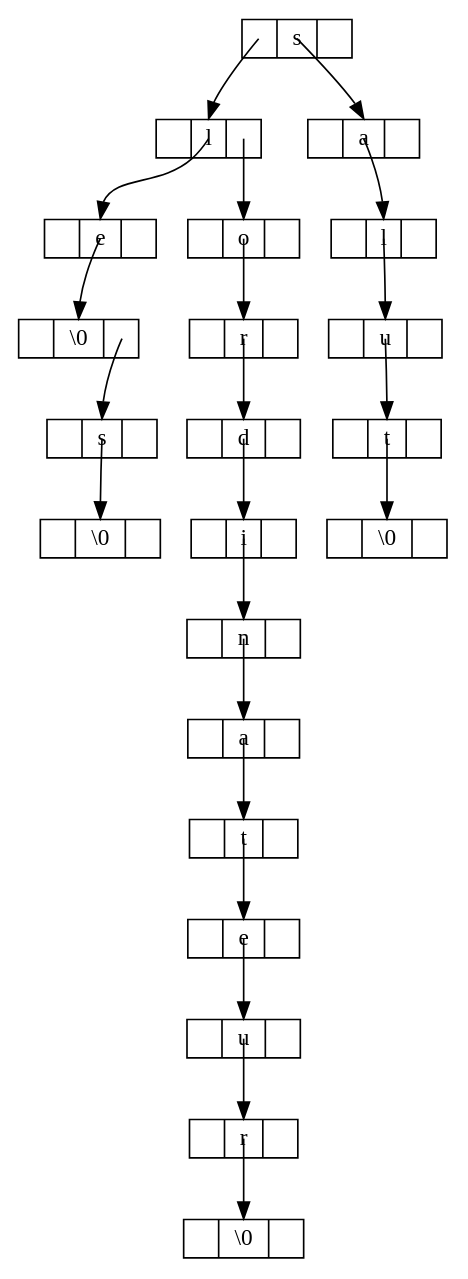
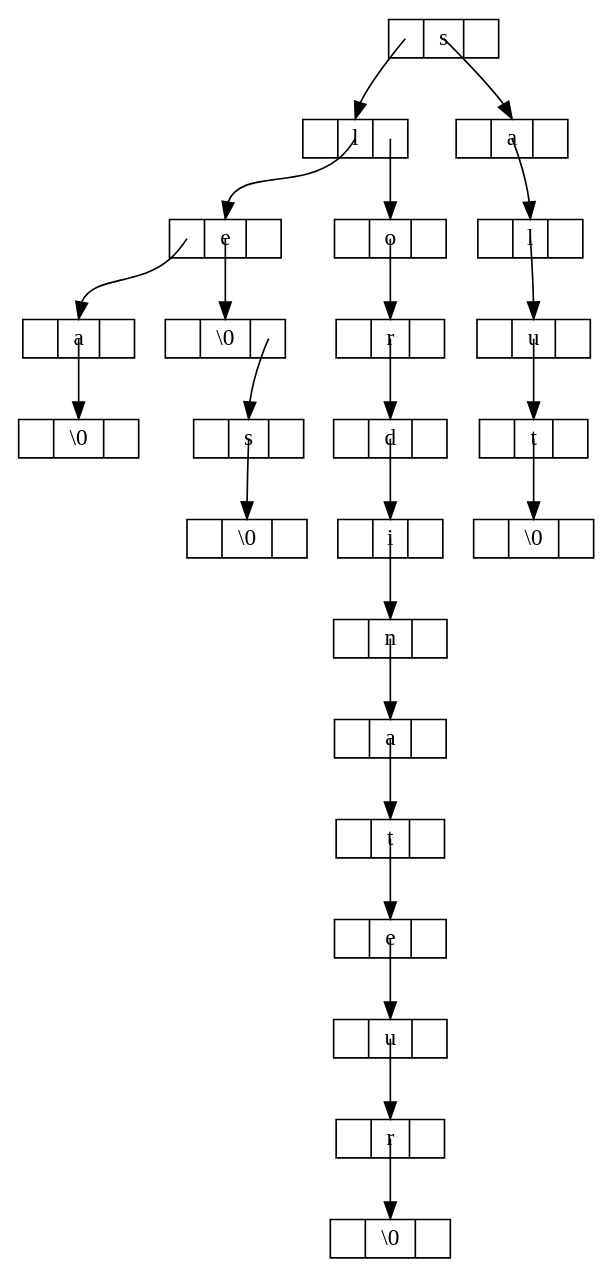
Before and after one commit to Zeba-1/Correcteur: the diagram in arbre.dot, drawn with Graphviz. The commit also changed 9 other files, not shown here.

```diff
--- a/arbre.dot
+++ b/arbre.dot
@@ -1,47 +1,51 @@
 digraph arbre {
     node [shape=record, height=.1]
     edge [tailclip=false, dir=forward];
-  n0x600001a08000 [label="<gauche> | <valeur> s | <droit>"];
-  n0x600001a08000:gauche:c -> n0x600001a080c0:valeur;
-  n0x600001a080c0 [label="<gauche> | <valeur> l | <droit>"];
-  n0x600001a080c0:valeur:c -> n0x600001a080e0:valeur;
-  n0x600001a080e0 [label="<gauche> | <valeur> e | <droit>"];
-  n0x600001a080e0:valeur:c -> n0x600001a08100:valeur;
-  n0x600001a08100 [label="<gauche> | <valeur> \\0 | <droit>"];
-  n0x600001a08100:droit:c -> n0x600001a08120:valeur;
-  n0x600001a08120 [label="<gauche> | <valeur> s | <droit>"];
-  n0x600001a08120:valeur:c -> n0x600001a08140:valeur;
-  n0x600001a08140 [label="<gauche> | <valeur> \\0 | <droit>"];
-  n0x600001a080c0:droit:c -> n0x600001a08160:valeur;
-  n0x600001a08160 [label="<gauche> | <valeur> o | <droit>"];
-  n0x600001a08160:valeur:c -> n0x600001a08180:valeur;
-  n0x600001a08180 [label="<gauche> | <valeur> r | <droit>"];
-  n0x600001a08180:valeur:c -> n0x600001a081a0:valeur;
-  n0x600001a081a0 [label="<gauche> | <valeur> d | <droit>"];
-  n0x600001a081a0:valeur:c -> n0x600001a081c0:valeur;
-  n0x600001a081c0 [label="<gauche> | <valeur> i | <droit>"];
-  n0x600001a081c0:valeur:c -> n0x600001a081e0:valeur;
-  n0x600001a081e0 [label="<gauche> | <valeur> n | <droit>"];
-  n0x600001a081e0:valeur:c -> n0x600001a08200:valeur;
-  n0x600001a08200 [label="<gauche> | <valeur> a | <droit>"];
-  n0x600001a08200:valeur:c -> n0x600001a08220:valeur;
-  n0x600001a08220 [label="<gauche> | <valeur> t | <droit>"];
-  n0x600001a08220:valeur:c -> n0x600001a08240:valeur;
-  n0x600001a08240 [label="<gauche> | <valeur> e | <droit>"];
-  n0x600001a08240:valeur:c -> n0x600001a08260:valeur;
-  n0x600001a08260 [label="<gauche> | <valeur> u | <droit>"];
-  n0x600001a08260:valeur:c -> n0x600001a08280:valeur;
-  n0x600001a08280 [label="<gauche> | <valeur> r | <droit>"];
-  n0x600001a08280:valeur:c -> n0x600001a082a0:valeur;
-  n0x600001a082a0 [label="<gauche> | <valeur> \\0 | <droit>"];
-  n0x600001a08000:valeur:c -> n0x600001a08020:valeur;
-  n0x600001a08020 [label="<gauche> | <valeur> a | <droit>"];
-  n0x600001a08020:valeur:c -> n0x600001a08040:valeur;
-  n0x600001a08040 [label="<gauche> | <valeur> l | <droit>"];
-  n0x600001a08040:valeur:c -> n0x600001a08060:valeur;
-  n0x600001a08060 [label="<gauche> | <valeur> u | <droit>"];
-  n0x600001a08060:valeur:c -> n0x600001a08080:valeur;
-  n0x600001a08080 [label="<gauche> | <valeur> t | <droit>"];
-  n0x600001a08080:valeur:c -> n0x600001a080a0:valeur;
-  n0x600001a080a0 [label="<gauche> | <valeur> \\0 | <droit>"];
+  n0x6000030d1120 [label="<gauche> | <valeur> s | <droit>"];
+  n0x6000030d1120:gauche:c -> n0x6000030d11e0:valeur;
+  n0x6000030d11e0 [label="<gauche> | <valeur> l | <droit>"];
+  n0x6000030d11e0:valeur:c -> n0x6000030d1200:valeur;
+  n0x6000030d1200 [label="<gauche> | <valeur> e | <droit>"];
+  n0x6000030d1200:gauche:c -> n0x6000030d1240:valeur;
+  n0x6000030d1240 [label="<gauche> | <valeur> a | <droit>"];
+  n0x6000030d1240:valeur:c -> n0x6000030d1260:valeur;
+  n0x6000030d1260 [label="<gauche> | <valeur> \\0 | <droit>"];
+  n0x6000030d1200:valeur:c -> n0x6000030d1220:valeur;
+  n0x6000030d1220 [label="<gauche> | <valeur> \\0 | <droit>"];
+  n0x6000030d1220:droit:c -> n0x6000030d1280:valeur;
+  n0x6000030d1280 [label="<gauche> | <valeur> s | <droit>"];
+  n0x6000030d1280:valeur:c -> n0x6000030d12a0:valeur;
+  n0x6000030d12a0 [label="<gauche> | <valeur> \\0 | <droit>"];
+  n0x6000030d11e0:droit:c -> n0x6000030d12c0:valeur;
+  n0x6000030d12c0 [label="<gauche> | <valeur> o | <droit>"];
+  n0x6000030d12c0:valeur:c -> n0x6000030d12e0:valeur;
+  n0x6000030d12e0 [label="<gauche> | <valeur> r | <droit>"];
+  n0x6000030d12e0:valeur:c -> n0x6000030d1300:valeur;
+  n0x6000030d1300 [label="<gauche> | <valeur> d | <droit>"];
+  n0x6000030d1300:valeur:c -> n0x6000030d1320:valeur;
+  n0x6000030d1320 [label="<gauche> | <valeur> i | <droit>"];
+  n0x6000030d1320:valeur:c -> n0x6000030d1340:valeur;
+  n0x6000030d1340 [label="<gauche> | <valeur> n | <droit>"];
+  n0x6000030d1340:valeur:c -> n0x6000030d1360:valeur;
+  n0x6000030d1360 [label="<gauche> | <valeur> a | <droit>"];
+  n0x6000030d1360:valeur:c -> n0x6000030d1380:valeur;
+  n0x6000030d1380 [label="<gauche> | <valeur> t | <droit>"];
+  n0x6000030d1380:valeur:c -> n0x6000030d13a0:valeur;
+  n0x6000030d13a0 [label="<gauche> | <valeur> e | <droit>"];
+  n0x6000030d13a0:valeur:c -> n0x6000030d13c0:valeur;
+  n0x6000030d13c0 [label="<gauche> | <valeur> u | <droit>"];
+  n0x6000030d13c0:valeur:c -> n0x6000030d13e0:valeur;
+  n0x6000030d13e0 [label="<gauche> | <valeur> r | <droit>"];
+  n0x6000030d13e0:valeur:c -> n0x6000030d1400:valeur;
+  n0x6000030d1400 [label="<gauche> | <valeur> \\0 | <droit>"];
+  n0x6000030d1120:valeur:c -> n0x6000030d1140:valeur;
+  n0x6000030d1140 [label="<gauche> | <valeur> a | <droit>"];
+  n0x6000030d1140:valeur:c -> n0x6000030d1160:valeur;
+  n0x6000030d1160 [label="<gauche> | <valeur> l | <droit>"];
+  n0x6000030d1160:valeur:c -> n0x6000030d1180:valeur;
+  n0x6000030d1180 [label="<gauche> | <valeur> u | <droit>"];
+  n0x6000030d1180:valeur:c -> n0x6000030d11a0:valeur;
+  n0x6000030d11a0 [label="<gauche> | <valeur> t | <droit>"];
+  n0x6000030d11a0:valeur:c -> n0x6000030d11c0:valeur;
+  n0x6000030d11c0 [label="<gauche> | <valeur> \\0 | <droit>"];
 }
```
